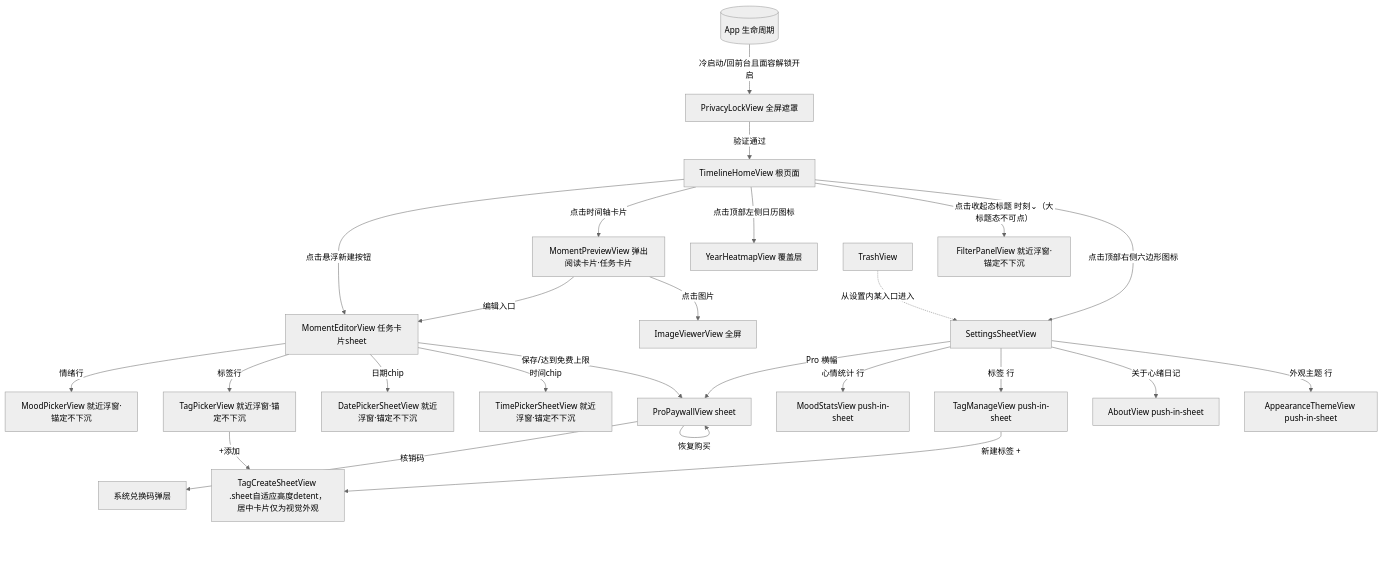
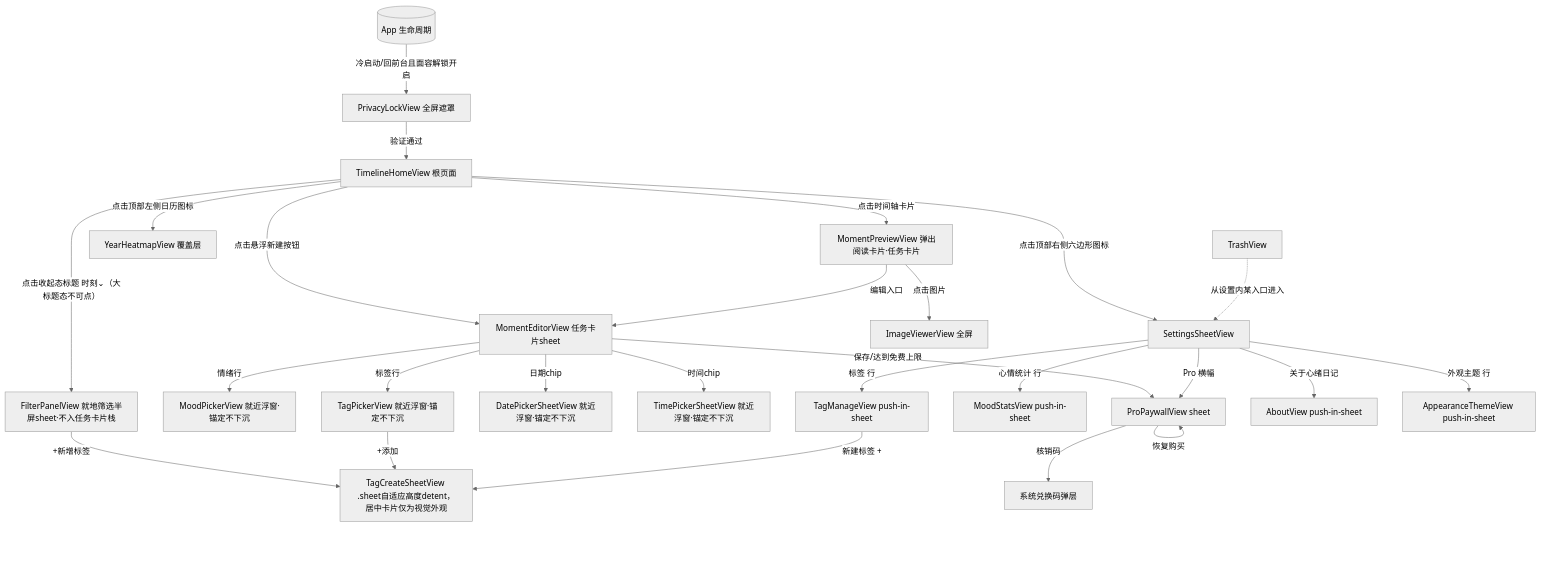
The diagram in docs/design/02-information-architecture.md (amuqiao/HeatMoment2), drawn with Mermaid (neutral theme) before and after one commit. The commit also changed other lines of this file and 9 other files, not shown here.

````diff
--- a/docs/design/02-information-architecture.md
+++ b/docs/design/02-information-architecture.md
@@ -31,32 +31,33 @@
 ```mermaid
 flowchart TD
     Root[TimelineHomeView 根页面] -->|点击悬浮新建按钮| Editor[MomentEditorView 任务卡片sheet]
     Root -->|点击时间轴卡片| Preview[MomentPreviewView 弹出阅读卡片·任务卡片]
     Root -->|点击顶部左侧日历图标| Heatmap[YearHeatmapView 覆盖层]
-    Root -->|点击收起态标题 时刻⌄（大标题态不可点）| Filter[FilterPanelView 就近浮窗·锚定不下沉]
+    Root -->|点击收起态标题 时刻⌄（大标题态不可点）| Filter[FilterPanelView 就地筛选半屏sheet·不入任务卡片栈]
     Root -->|点击顶部右侧六边形图标| Settings[SettingsSheetView]
 
+    Filter -->|+新增标签| TagCreate
     Editor -->|情绪行| MoodPicker[MoodPickerView 就近浮窗·锚定不下沉]
     Editor -->|标签行| TagPicker[TagPickerView 就近浮窗·锚定不下沉]
     TagPicker -->|+添加| TagCreate[TagCreateSheetView .sheet自适应高度detent，居中卡片仅为视觉外观]
     Editor -->|日期chip| DatePicker[DatePickerSheetView 就近浮窗·锚定不下沉]
     Editor -->|时间chip| TimePicker[TimePickerSheetView 就近浮窗·锚定不下沉]
     Editor -->|保存/达到免费上限| Paywall[ProPaywallView sheet]
 
     Preview -->|编辑入口| Editor
     Preview -->|点击图片| ImageViewer[ImageViewerView 全屏]
 
     Settings -->|Pro 横幅| Paywall
     Settings -->|心情统计 行| Stats[MoodStatsView push-in-sheet]
     Settings -->|标签 行| TagManage[TagManageView push-in-sheet]
     Settings -->|关于心绪日记| About[AboutView push-in-sheet]
     Settings -->|外观主题 行| Appearance[AppearanceThemeView push-in-sheet]
     TagManage -->|新建标签 +| TagCreate
     Paywall -->|核销码| SystemRedeem[系统兑换码弹层]
     Paywall -->|恢复购买| Paywall
 
     Trash[TrashView] -.从设置内某入口进入.-> Settings
 
     App[(App 生命周期)] -->|冷启动/回前台且面容解锁开启| Lock[PrivacyLockView 全屏遮罩]
     Lock -->|验证通过| Root
 ```
````
